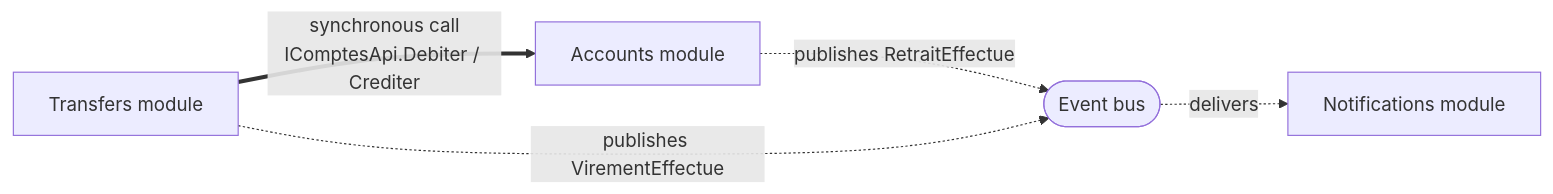
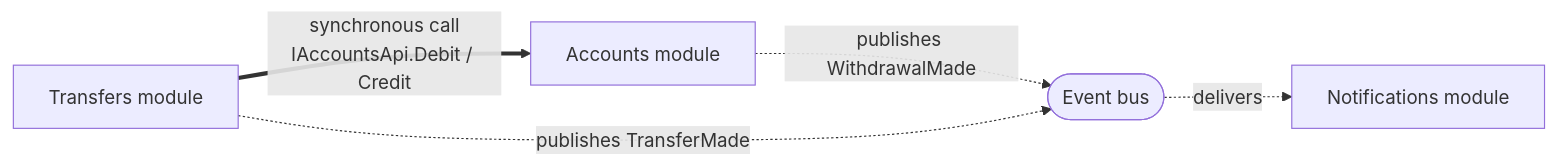
The second of 3 diagrams in Docs/en/07-monolithe-modulaire.md (drangoht/ArchitecturesDemo), drawn with Mermaid before and after one commit. The commit also changed other lines of this file and 78 other files, not shown here.

First line of the commit message:
Docs EN : identifiants, liens, diagrammes et sorties alignés sur le code anglais

````diff
--- a/Docs/en/07-monolithe-modulaire.md
+++ b/Docs/en/07-monolithe-modulaire.md
@@ -49,7 +48,7 @@
 ```mermaid
 flowchart LR
-    V["Transfers module"] ==>|"synchronous call<br/>IComptesApi.Debiter / Crediter"| C["Accounts module"]
-    C -.->|"publishes RetraitEffectue"| B(["Event bus"])
-    V -.->|"publishes VirementEffectue"| B
+    V["Transfers module"] ==>|"synchronous call<br/>IAccountsApi.Debit / Credit"| C["Accounts module"]
+    C -.->|"publishes WithdrawalMade"| B(["Event bus"])
+    V -.->|"publishes TransferMade"| B
     B -.->|"delivers"| N["Notifications module"]
 ```
````
